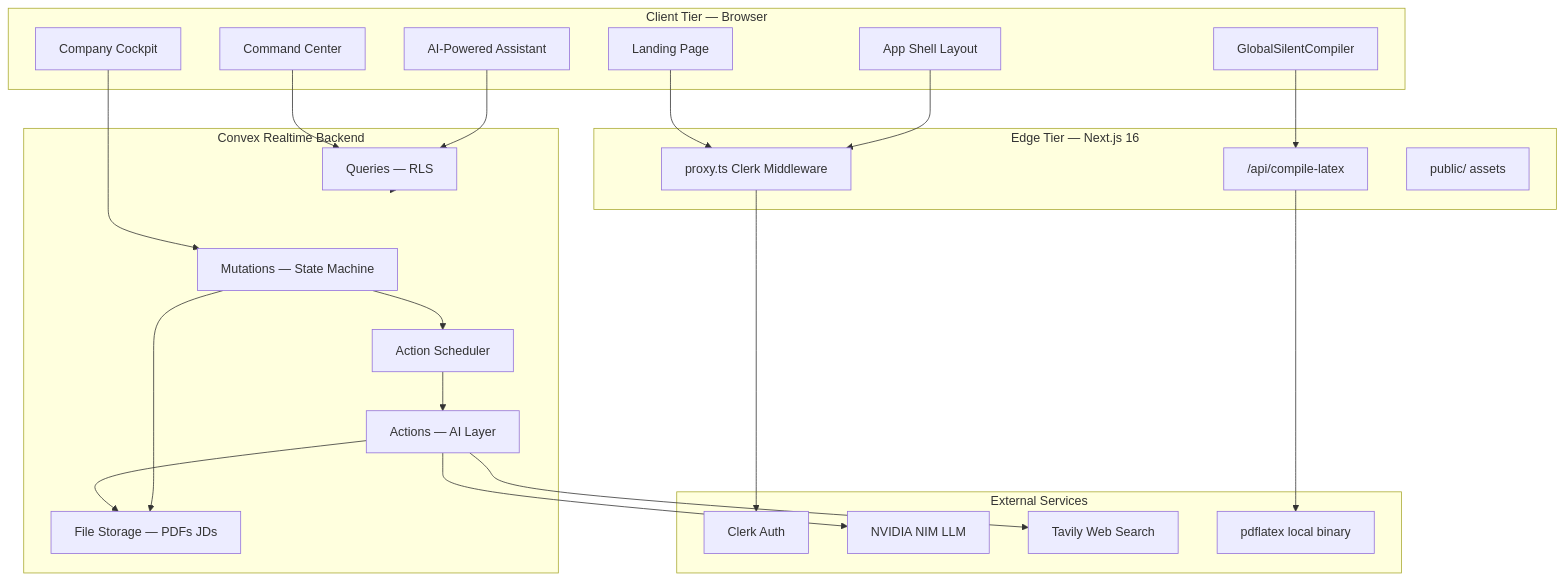
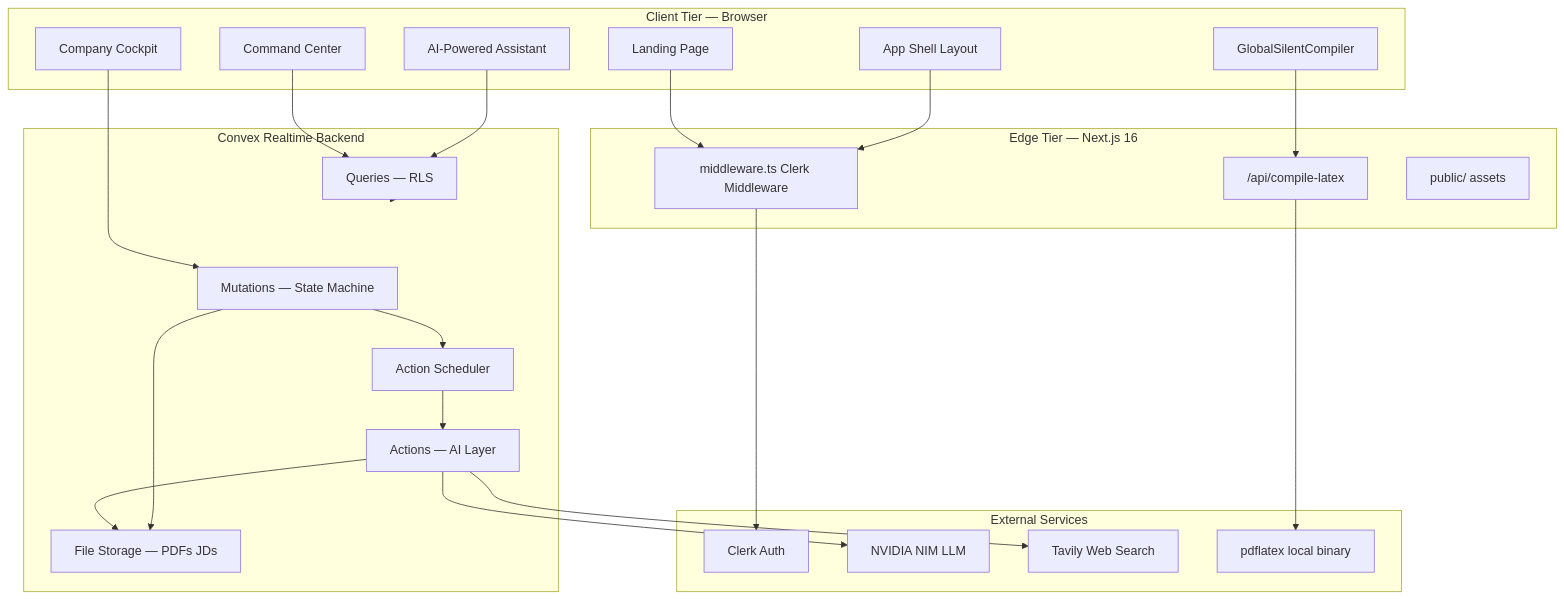
The first of 8 diagrams in README.md (Harshithk951/Resume-Flow), drawn with Mermaid before and after one commit. The commit also changed other lines of this file and 1 other file, not shown here.

Commit message:
Fix auth in production: rename proxy.ts to middleware.ts (Next.js only picks up middleware.ts at root), update README references

````diff
--- a/README.md
+++ b/README.md
@@ -122,48 +122,48 @@
 ```mermaid
 flowchart TB
   subgraph clientTier [Client Tier — Browser]
     Landing[Landing Page]
     AppShell[App Shell Layout]
     Dashboard[Command Center]
     Cockpit[Company Cockpit]
     ChatBot[AI-Powered Assistant]
     Compiler_UI[GlobalSilentCompiler]
   end
 
   subgraph edgeTier [Edge Tier — Next.js 16]
-    Proxy[proxy.ts Clerk Middleware]
+    Proxy[middleware.ts Clerk Middleware]
     LaTeXAPI["/api/compile-latex"]
     StaticAssets[public/ assets]
   end
 
   subgraph convexTier [Convex Realtime Backend]
     Queries[Queries — RLS]
     Mutations[Mutations — State Machine]
     Actions[Actions — AI Layer]
     Storage[File Storage — PDFs JDs]
     Scheduler[Action Scheduler]
   end
 
   subgraph externalTier [External Services]
     Clerk[Clerk Auth]
     NIM[NVIDIA NIM LLM]
     Tavily[Tavily Web Search]
     PDFTeX[pdflatex local binary]
   end
 
   Landing --> Proxy
   AppShell --> Proxy
   Proxy --> Clerk
   Dashboard --> Queries
   Cockpit --> Mutations
   ChatBot --> Queries
   Compiler_UI --> LaTeXAPI
   LaTeXAPI --> PDFTeX
   Queries --> convexTier
   Mutations --> Scheduler
   Scheduler --> Actions
   Actions --> NIM
   Actions --> Tavily
   Actions --> Storage
   Mutations --> Storage
 ```
````
